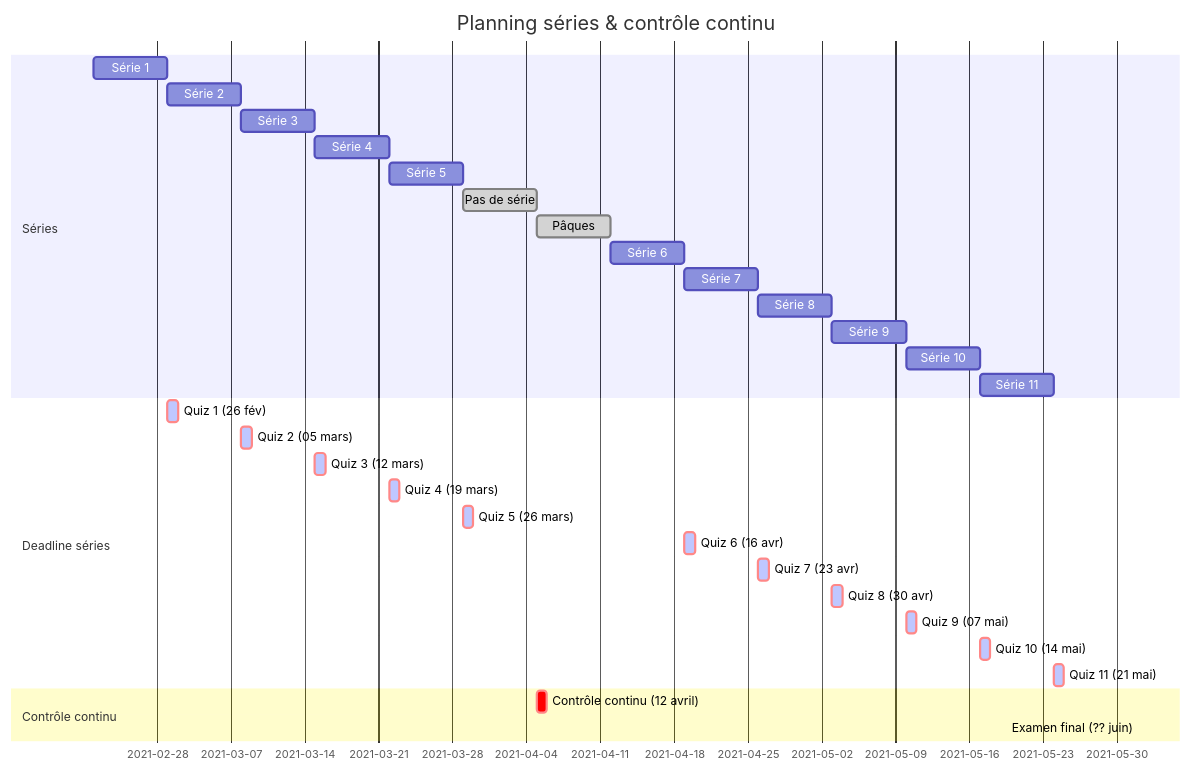
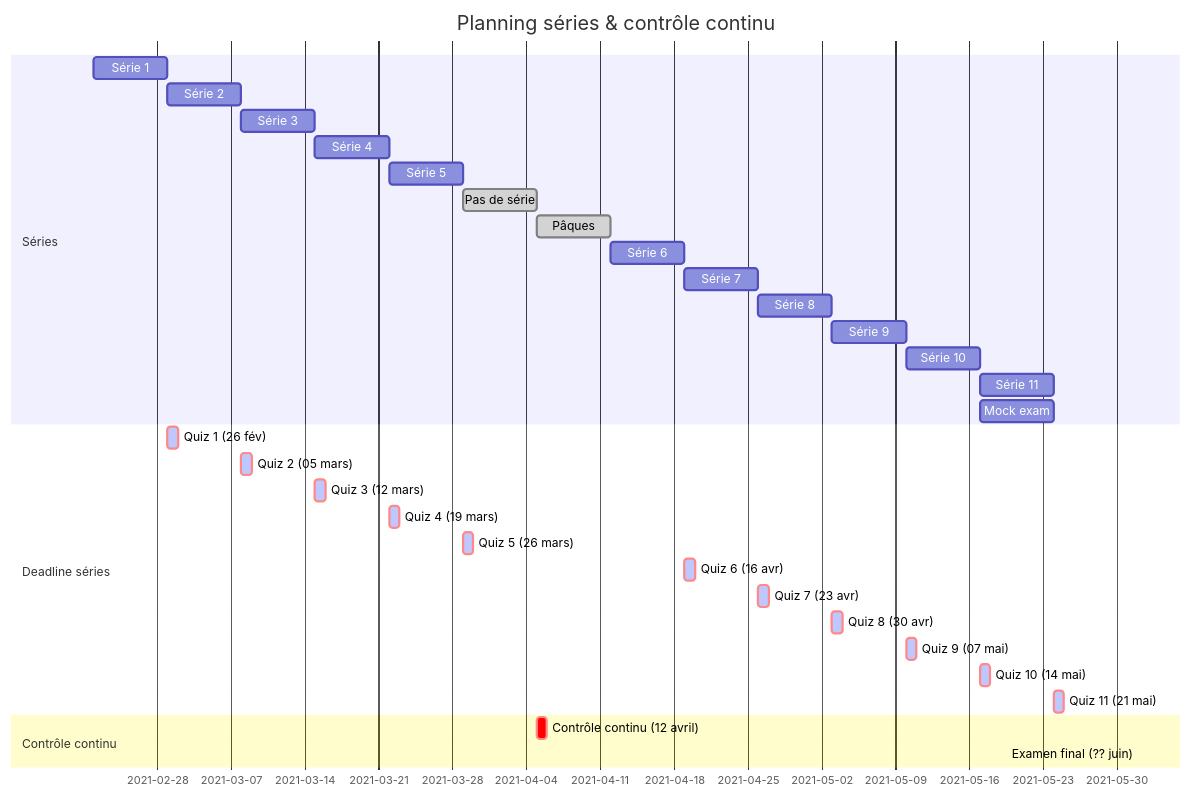
Before and after one commit to mucyok/mathI-website-GSI: the diagram in content/Syllabus/eval.md, drawn with Mermaid.

```diff
--- a/content/Syllabus/eval.md
+++ b/content/Syllabus/eval.md
@@ -41,34 +41,35 @@
 {{<mermaid>}}
 gantt
         dateFormat  YYYY-MM-DD
         title Planning séries & contrôle continu
         section Séries 
         Série 1            :    des1, 2021-02-22, 7d
         Série 2            :    des2, after des1, 7d
         Série 3            :    des3, after des2, 7d
         Série 4            :    des4, after des3, 7d
         Série 5            :    des5, after des4, 7d
         Pas de série       :done,    des6, after des5, 7d
         Pâques            :done,    des7, after des6, 7d
         Série 6            :  des8, after des7, 7d
         Série 7            :    des9, after des8, 7d
         Série 8            :    des10, after des9, 7d
         Série 9            :    des11, after des10, 7d
         Série 10           :    des12, after des11, 7d
         Série 11           :    des13, after des12, 7d
+        Mock exam          :    des14, after des12, 7d
         section Deadline séries
         Quiz 1 (26 fév)            :crit, active, after des1, 1d
         Quiz 2 (05 mars)            :crit, active, after des2, 1d
         Quiz 3 (12 mars)             :crit, active, after des3, 1d
         Quiz 4 (19 mars)             :crit, active, after des4, 1d
         Quiz 5 (26 mars)             :crit, active, after des5, 1d
         Quiz 6 (16 avr)             :crit, active, after des8, 1d
         Quiz 7 (23 avr)             :crit, active, after des9, 1d
         Quiz 8 (30 avr)             :crit, active, after des10, 1d
         Quiz 9 (07 mai)             :crit, active, after des11, 1d
         Quiz 10 (14 mai)             :crit, active, after des12, 1d
         Quiz 11 (21 mai)             :crit, active, after des13, 1d
         section Contrôle continu 
         Contrôle continu (12 avril)          :crit, after des6, 1d
         Examen final (?? juin)              :crit, 2021-06-01, 1h
 {{< /mermaid >}}
```
